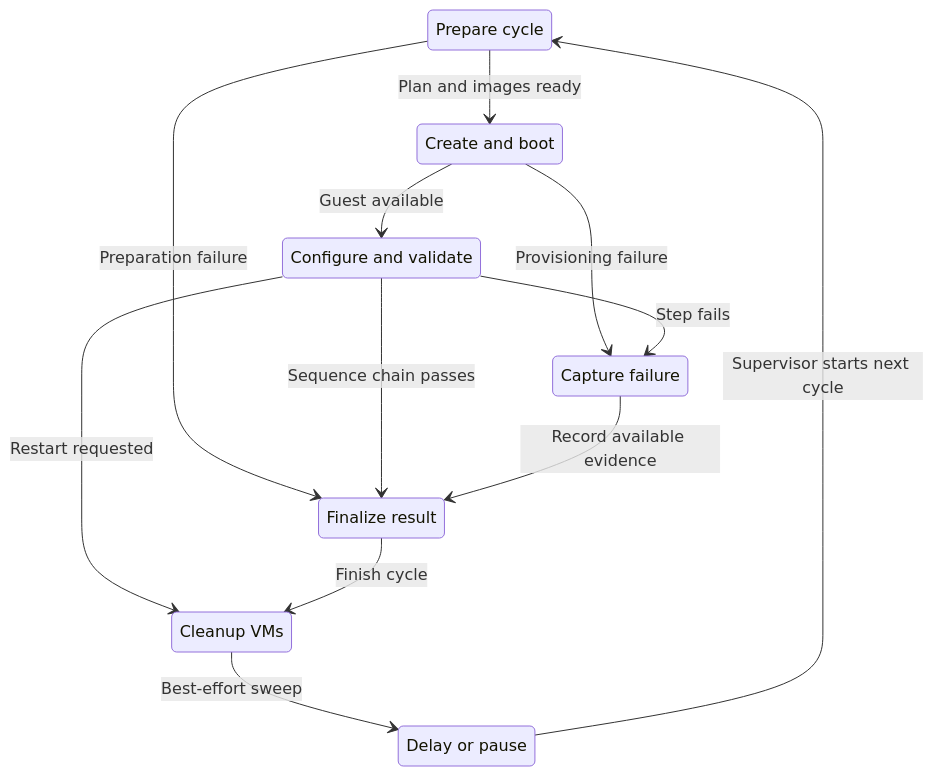
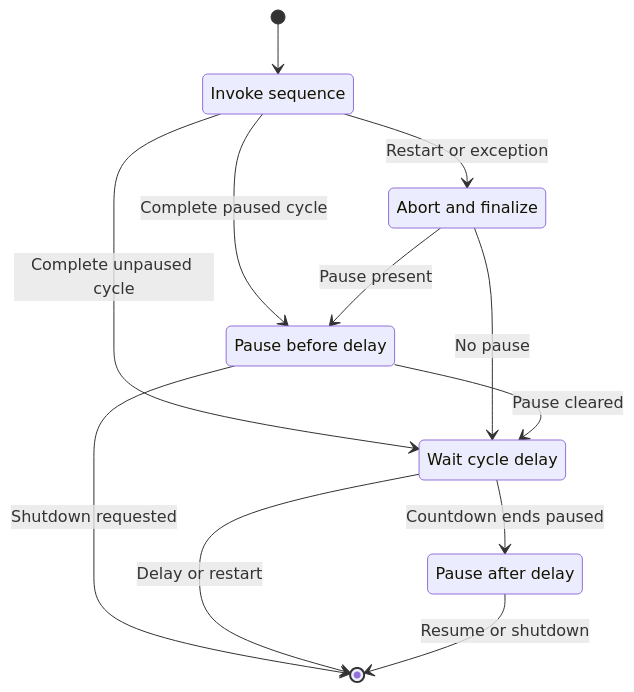
Before and after one commit to alissonsol/yuruna: the fourth of 4 diagrams in docs/design/04-lifecycle-state.md, drawn with Mermaid. The commit also changed other lines of this file and 1343 other files, not shown here.

````diff
--- a/docs/design/04-lifecycle-state.md
+++ b/docs/design/04-lifecycle-state.md
@@ -61,21 +93,19 @@
 ```mermaid
 stateDiagram-v2
-    state "Prepare cycle" as initialize_cycle_gating_state
-    state "Create and boot" as invoke_guest_provision_iteration
-    state "Configure and validate" as test_start_guest_os_psm1
-    state "Capture failure" as copy_failure_artifacts_to_status_log
-    state "Finalize result" as complete_cycle_run
-    state "Cleanup VMs" as remove_cycle_teardown_orphan_vm
-    state "Delay or pause" as invoke_runner_inner_cycle
-    initialize_cycle_gating_state --> invoke_guest_provision_iteration: Plan and images ready
-    initialize_cycle_gating_state --> complete_cycle_run: Preparation failure
-    invoke_guest_provision_iteration --> test_start_guest_os_psm1: Guest available
-    invoke_guest_provision_iteration --> copy_failure_artifacts_to_status_log: Provisioning failure
-    test_start_guest_os_psm1 --> complete_cycle_run: Sequence chain passes
-    test_start_guest_os_psm1 --> copy_failure_artifacts_to_status_log: Step fails
-    test_start_guest_os_psm1 --> remove_cycle_teardown_orphan_vm: Restart requested
-    copy_failure_artifacts_to_status_log --> complete_cycle_run: Record available evidence
-    complete_cycle_run --> remove_cycle_teardown_orphan_vm: Finish cycle
-    remove_cycle_teardown_orphan_vm --> invoke_runner_inner_cycle: Best-effort sweep
-    invoke_runner_inner_cycle --> initialize_cycle_gating_state: Supervisor starts next cycle
+    state "Invoke sequence" as invoke_sequence
+    state "Abort and finalize" as remove_guest_vm_quietly
+    state "Pause before delay" as wait_cycle_pause_flag_before_delay
+    state "Wait cycle delay" as wait_with_progress
+    state "Pause after delay" as wait_cycle_pause_flag_after_delay
+    [*] --> invoke_sequence
+    invoke_sequence --> remove_guest_vm_quietly: Restart or exception
+    invoke_sequence --> wait_cycle_pause_flag_before_delay: Complete paused cycle
+    invoke_sequence --> wait_with_progress: Complete unpaused cycle
+    remove_guest_vm_quietly --> wait_cycle_pause_flag_before_delay: Pause present
+    remove_guest_vm_quietly --> wait_with_progress: No pause
+    wait_cycle_pause_flag_before_delay --> wait_with_progress: Pause cleared
+    wait_cycle_pause_flag_before_delay --> [*]: Shutdown requested
+    wait_with_progress --> wait_cycle_pause_flag_after_delay: Countdown ends paused
+    wait_with_progress --> [*]: Delay or restart
+    wait_cycle_pause_flag_after_delay --> [*]: Resume or shutdown
 ```
````
